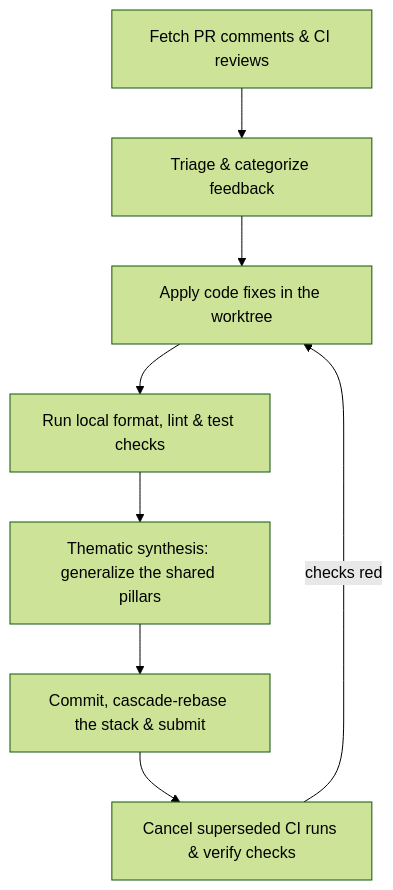
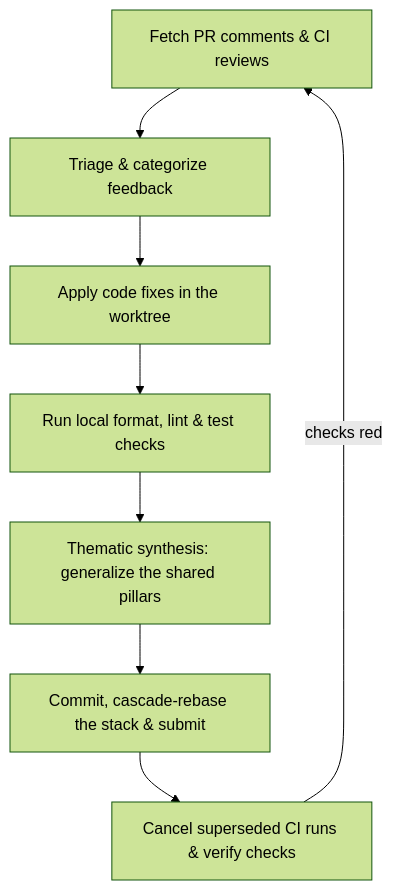
One commit to hyeons-lab/agent-review-loop changed the diagram in skills/address-pr-comments/SKILL.md. Above: the diagram before and after it, drawn with Mermaid (forest theme). The commit also changed other lines of this file and 5 other files, not shown here.

````diff
--- a/skills/address-pr-comments/SKILL.md
+++ b/skills/address-pr-comments/SKILL.md
@@ -39,10 +40,10 @@
 ```mermaid
 flowchart TD
     A[Fetch PR comments & CI reviews] --> B[Triage & categorize feedback]
     B --> C[Apply code fixes in the worktree]
     C --> D[Run local format, lint & test checks]
     D --> E[Thematic synthesis: generalize the shared pillars]
     E --> F[Commit, cascade-rebase the stack & submit]
     F --> G[Cancel superseded CI runs & verify checks]
-    G -->|"checks red"| C
+    G -->|"checks red"| A
 ```
````
